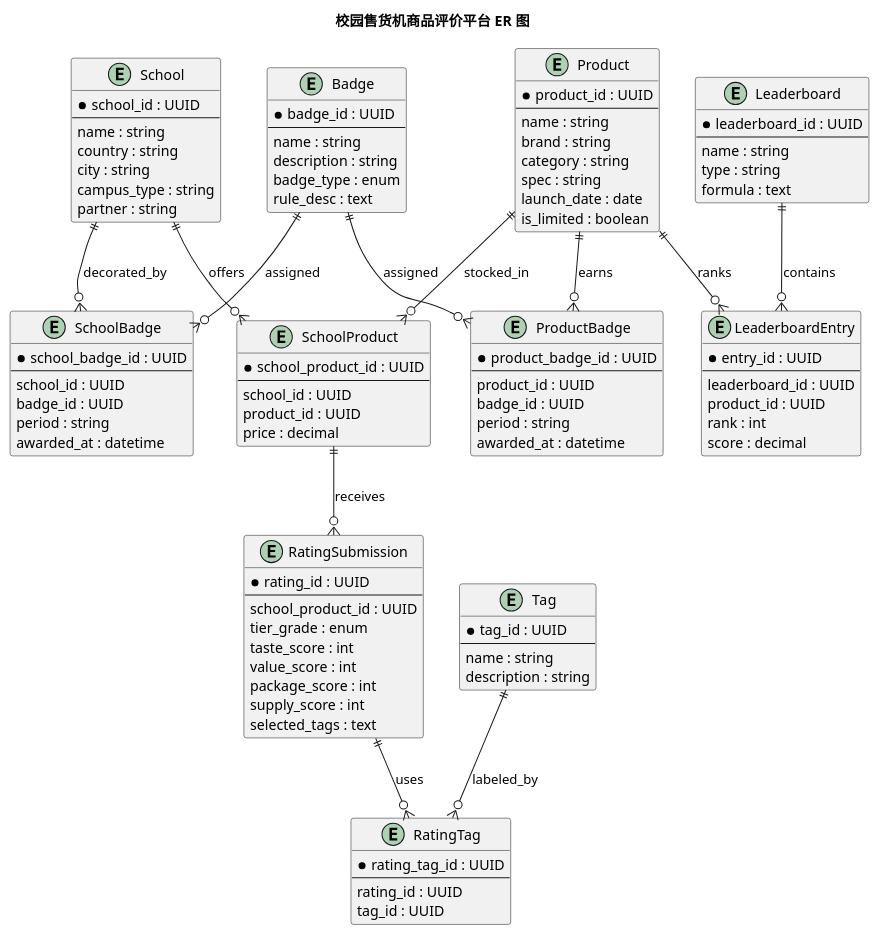
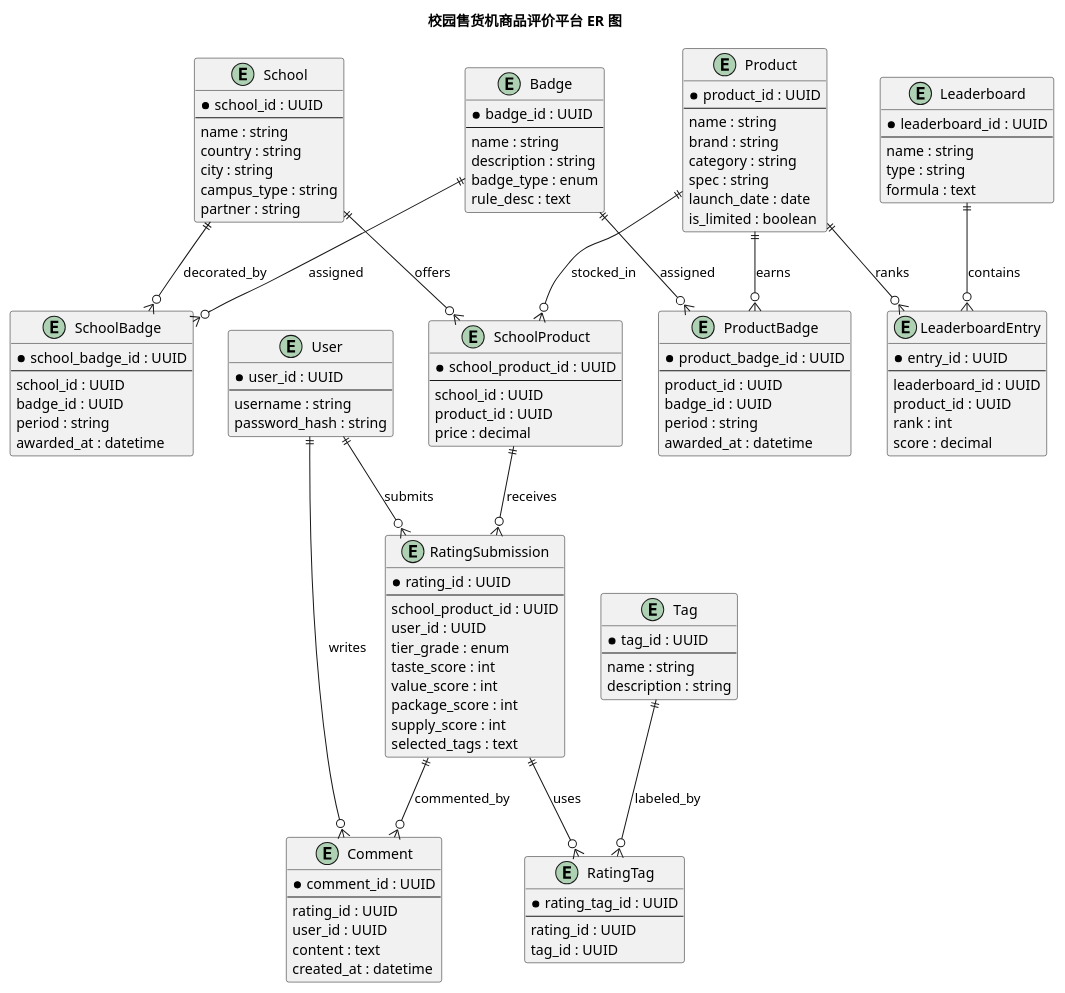
The diagram in er-diagram.puml (Tylerzhangyi/Rate-Classmates), drawn with PlantUML before and after one commit. The commit also changed 2 other files, not shown here.

```diff
--- a/er-diagram.puml
+++ b/er-diagram.puml
@@ -1,115 +1,135 @@
 @startuml CampusRatingER
 title 校园售货机商品评价平台 ER 图
 
 entity Product {
   *product_id : UUID
   ---
   name : string
   brand : string
   category : string
   spec : string
   launch_date : date
   is_limited : boolean
 }
 
 entity School {
   *school_id : UUID
   ---
   name : string
   country : string
   city : string
   campus_type : string
   partner : string
 }
 
 entity SchoolProduct {
   *school_product_id : UUID
   ---
   school_id : UUID
   product_id : UUID
   price : decimal
 }
 
 entity RatingSubmission {
   *rating_id : UUID
   ---
   school_product_id : UUID
+  user_id : UUID
   tier_grade : enum
   taste_score : int
   value_score : int
   package_score : int
   supply_score : int
   selected_tags : text
+}
+
+entity User {
+  *user_id : UUID
+  ---
+  username : string
+  password_hash : string
+}
+
+entity Comment {
+  *comment_id : UUID
+  ---
+  rating_id : UUID
+  user_id : UUID
+  content : text
+  created_at : datetime
 }
 
 entity Tag {
   *tag_id : UUID
   ---
   name : string
   description : string
 }
 
 entity RatingTag {
   *rating_tag_id : UUID
   ---
   rating_id : UUID
   tag_id : UUID
 }
 
 entity Badge {
   *badge_id : UUID
   ---
   name : string
   description : string
   badge_type : enum
   rule_desc : text
 }
 
 entity ProductBadge {
   *product_badge_id : UUID
   ---
   product_id : UUID
   badge_id : UUID
   period : string
   awarded_at : datetime
 }
 
 entity SchoolBadge {
   *school_badge_id : UUID
   ---
   school_id : UUID
   badge_id : UUID
   period : string
   awarded_at : datetime
 }
 
 entity Leaderboard {
   *leaderboard_id : UUID
   ---
   name : string
   type : string
   formula : text
 }
 
 entity LeaderboardEntry {
   *entry_id : UUID
   ---
   leaderboard_id : UUID
   product_id : UUID
   rank : int
   score : decimal
 }
 
 Product ||--o{ SchoolProduct : stocked_in
 School ||--o{ SchoolProduct : offers
 SchoolProduct ||--o{ RatingSubmission : receives
+User ||--o{ RatingSubmission : submits
 RatingSubmission ||--o{ RatingTag : uses
 Tag ||--o{ RatingTag : labeled_by
+RatingSubmission ||--o{ Comment : commented_by
+User ||--o{ Comment : writes
 Product ||--o{ ProductBadge : earns
 Badge ||--o{ ProductBadge : assigned
 School ||--o{ SchoolBadge : decorated_by
 Badge ||--o{ SchoolBadge : assigned
 Leaderboard ||--o{ LeaderboardEntry : contains
 Product ||--o{ LeaderboardEntry : ranks
 
 @enduml
```
